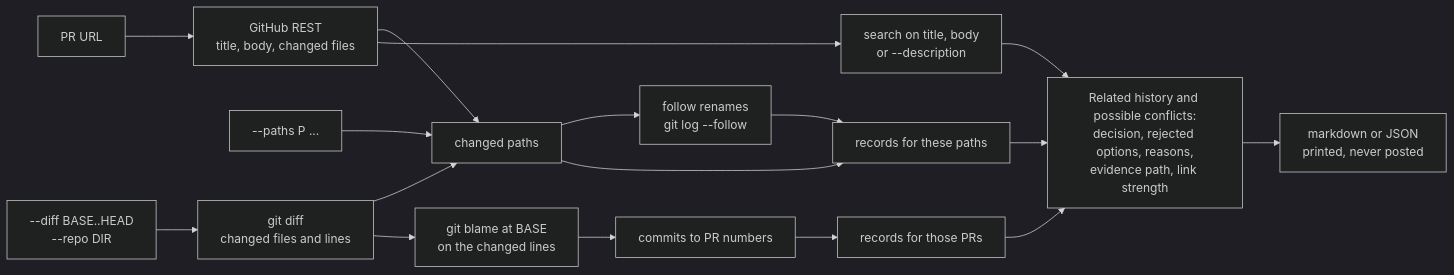
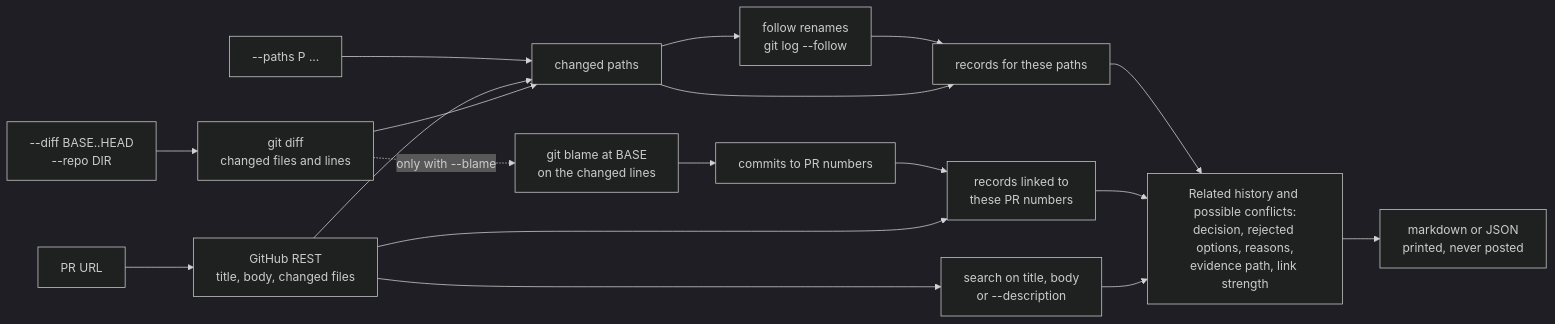
Before and after one commit to Madhav-GPT/DecRack: the seventh of 8 diagrams in docs/ARCHITECTURE.md, drawn with Mermaid (dark theme). The commit also changed other lines of this file and 6 other files, not shown here.

````diff
--- a/docs/ARCHITECTURE.md
+++ b/docs/ARCHITECTURE.md
@@ -589,17 +590,18 @@
 ```mermaid
 flowchart LR
     PR["PR URL"] --> SUM["GitHub REST<br/>title, body, changed files"]
     PA["--paths P ..."] --> PATHS["changed paths"]
     DF["--diff BASE..HEAD<br/>--repo DIR"] --> GD["git diff<br/>changed files and lines"]
     SUM --> PATHS
     GD --> PATHS
-    GD --> BL["git blame at BASE<br/>on the changed lines"]
+    GD -.->|"only with --blame"| BL["git blame at BASE<br/>on the changed lines"]
     BL --> CP["commits to PR numbers"]
     PATHS --> RN["follow renames<br/>git log --follow"]
     RN --> M1["records for these paths"]
     PATHS --> M1
-    CP --> M2["records for those PRs"]
+    CP --> M2["records linked to<br/>these PR numbers"]
+    SUM --> M2
     SUM --> M3["search on title, body<br/>or --description"]
     M1 & M2 & M3 --> REP["Related history and possible conflicts:<br/>decision, rejected options, reasons,<br/>evidence path, link strength"]
     REP --> OUT["markdown or JSON<br/>printed, never posted"]
 ```
````
